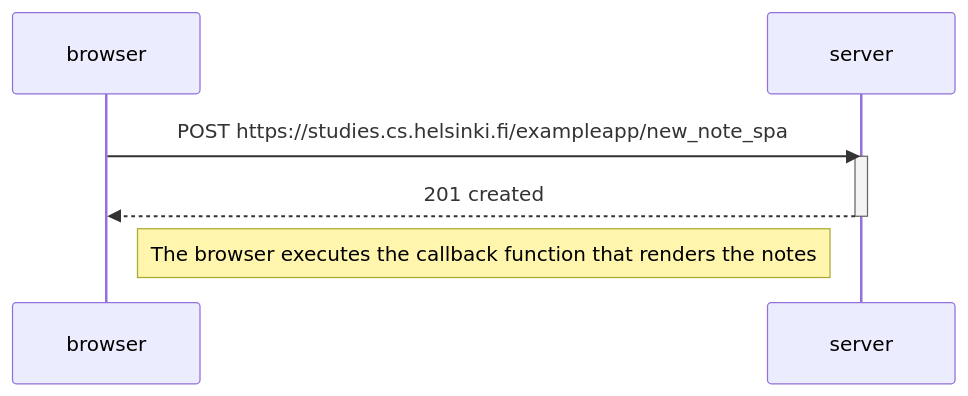
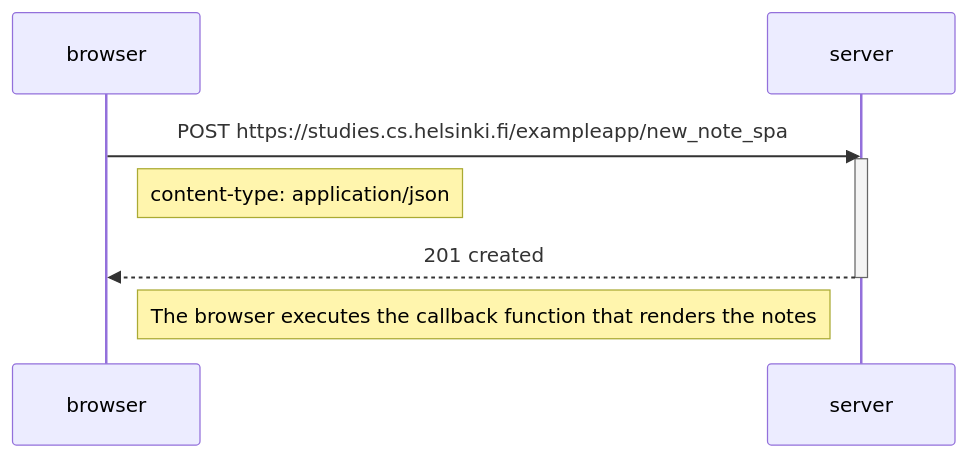
The diagram in osa0/06_spa_note.md (TorriEetu/palauitusrepositorio), drawn with Mermaid before and after one commit.

Commit message:
added content type for clarity

````diff
--- a/osa0/06_spa_note.md
+++ b/osa0/06_spa_note.md
@@ -1,13 +1,14 @@
 ```mermaid
 sequenceDiagram
     participant browser
     participant server
     
     browser->>server: POST https://studies.cs.helsinki.fi/exampleapp/new_note_spa
     activate server
+    Note right of browser: content-type: application/json
     server-->>browser: 201 created
     deactivate server    
 
     Note right of browser: The browser executes the callback function that renders the notes 
     
 ```
````
